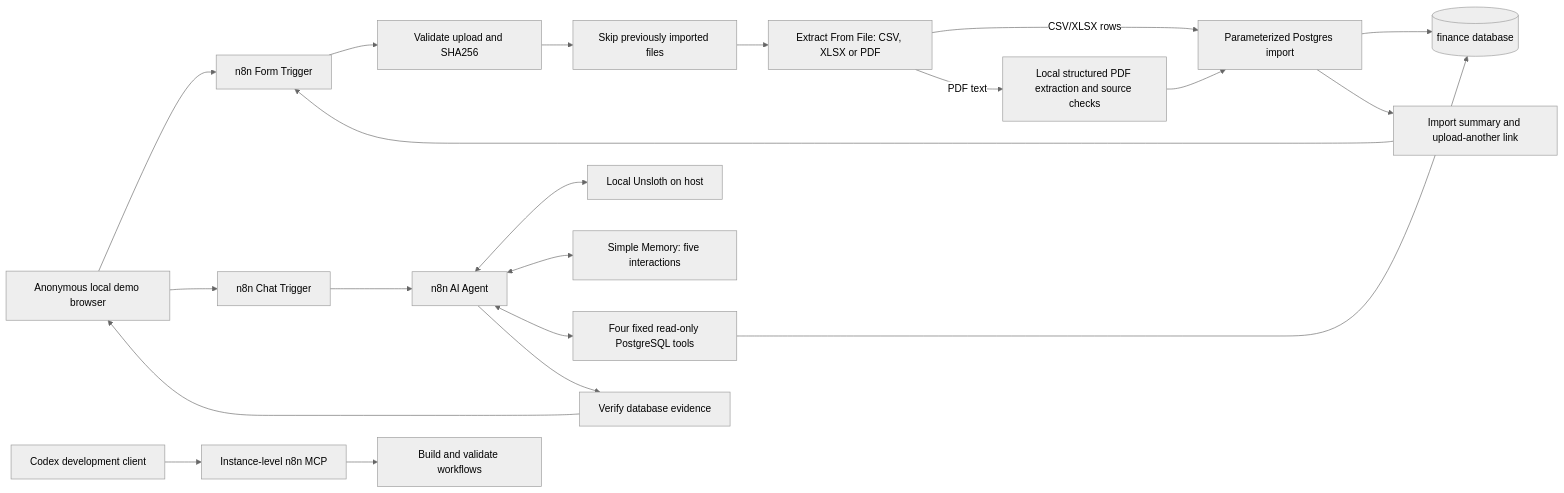
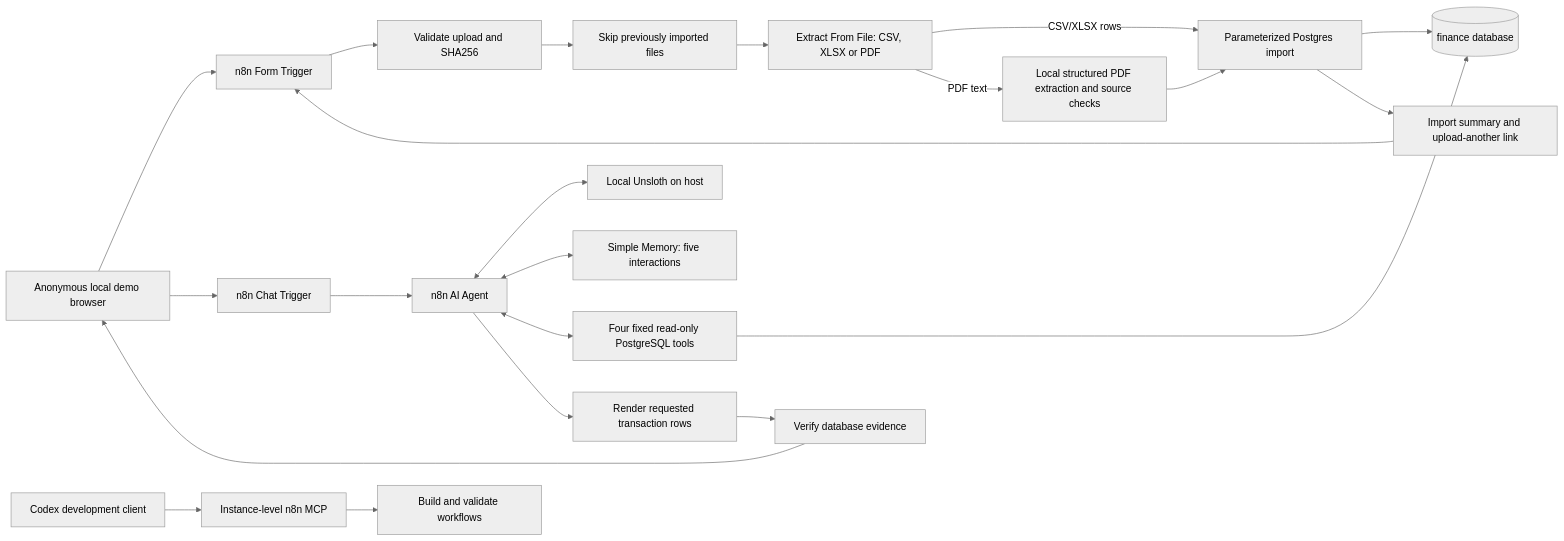
The diagram in 02/README.md (HajekMartin/agents-course-laba), drawn with Mermaid (neutral theme) before and after one commit. The commit also changed other lines of this file and 8 other files, not shown here.

````diff
--- a/02/README.md
+++ b/02/README.md
@@ -44,23 +44,24 @@
 ```mermaid
 flowchart LR
   Browser[Anonymous local demo browser] --> Form[n8n Form Trigger]
   Form --> Validate[Validate upload and SHA256]
   Validate --> Cached[Skip previously imported files]
   Cached --> Extract[Extract From File: CSV, XLSX or PDF]
   Extract -->|CSV/XLSX rows| Import[Parameterized Postgres import]
   Extract -->|PDF text| PDF[Local structured PDF extraction and source checks]
   PDF --> Import
   Import --> DB[(finance database)]
   Import --> Summary[Import summary and upload-another link]
   Summary --> Form
   Browser --> Chat[n8n Chat Trigger]
   Chat --> Agent[n8n AI Agent]
   Agent <--> Model[Local Unsloth on host]
   Agent <--> Memory[Simple Memory: five interactions]
   Agent <--> Tools[Four fixed read-only PostgreSQL tools]
   Tools --> DB
-  Agent --> Evidence[Verify database evidence]
+  Agent --> Render[Render requested transaction rows]
+  Render --> Evidence[Verify database evidence]
   Evidence --> Browser
   Codex[Codex development client] --> MCP[Instance-level n8n MCP]
   MCP --> Workflows[Build and validate workflows]
 ```
````
